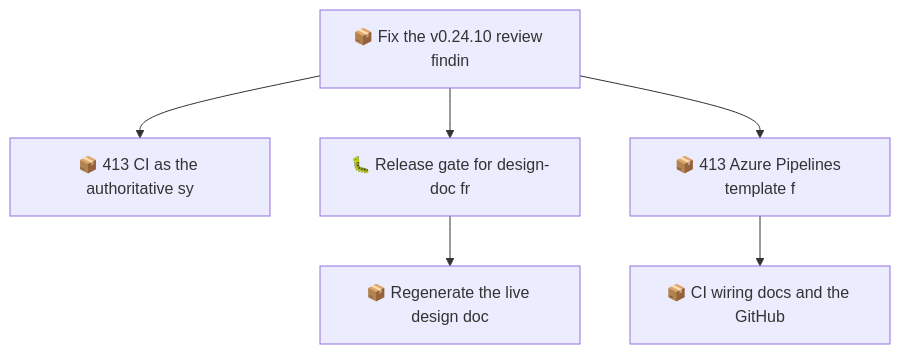
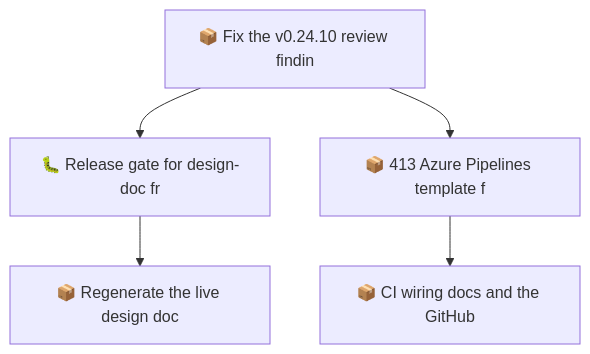
The second of 2 diagrams in docs/roadmap.md (SpillwaveSolutions/wiki_ticket_sdd), drawn with Mermaid before and after one commit. The commit also changed other lines of this file and 21 other files, not shown here.

First line of the commit message:
feat(sync): CI as the authoritative syncer behind ticketing.sync_owner (01M2XCWMVEH3XFP2VPS9JBD6XN)

````diff
--- a/docs/roadmap.md
+++ b/docs/roadmap.md
@@ -63,14 +60,12 @@
 ```mermaid
 graph TD
     01M2XCWMV0QYM4ZRBWN1V1327B["📦 Fix the v0.24.10 review findin"]
-    01M2XCWMVEH3XFP2VPS9JBD6XN["📦 413 CI as the authoritative sy"]
     01M2XCWMVEH3XFP2VPS9JBD6XQ["🐛 Release gate for design-doc fr"]
     01M2XCWMVEH3XFP2VPS9JBD6XS["📦 Regenerate the live design doc"]
     01M2XCWMVEH3XFP2VPS9JBD6XV["📦 413 Azure Pipelines template f"]
     01M2XCWMVEH3XFP2VPS9JBD6XX["📦 CI wiring docs and the GitHub"]
-    01M2XCWMV0QYM4ZRBWN1V1327B --> 01M2XCWMVEH3XFP2VPS9JBD6XN
     01M2XCWMV0QYM4ZRBWN1V1327B --> 01M2XCWMVEH3XFP2VPS9JBD6XQ
     01M2XCWMVEH3XFP2VPS9JBD6XQ --> 01M2XCWMVEH3XFP2VPS9JBD6XS
     01M2XCWMV0QYM4ZRBWN1V1327B --> 01M2XCWMVEH3XFP2VPS9JBD6XV
     01M2XCWMVEH3XFP2VPS9JBD6XV --> 01M2XCWMVEH3XFP2VPS9JBD6XX
 ```
````
